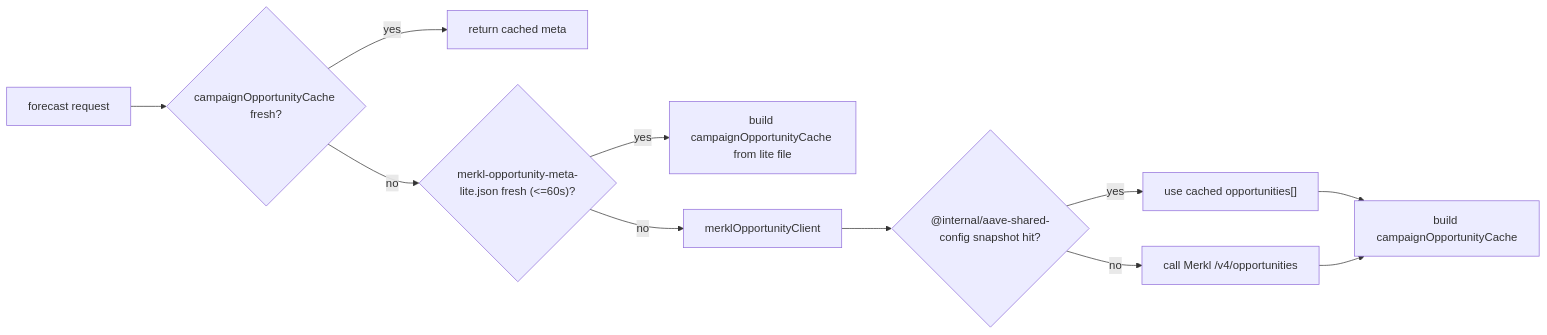
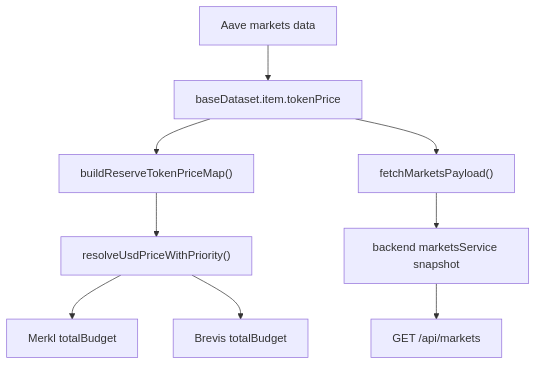
The fifth of 5 diagrams in docs/merkl-merit-cache-architecture.md (0xPabloLI/aave-protocol-analysis), drawn with Mermaid before and after one commit. The commit also changed other lines of this file and 3 other files, not shown here.

Commit message:
docs: add token price lineage diagram

````diff
--- a/docs/merkl-merit-cache-architecture.md
+++ b/docs/merkl-merit-cache-architecture.md
@@ -387,13 +166,11 @@
 ```mermaid
-flowchart LR
-  A["forecast request"] --> B{"campaignOpportunityCache fresh?"}
-  B -- yes --> Z["return cached meta"]
-  B -- no --> C{"merkl-opportunity-meta-lite.json fresh (<=60s)?"}
-  C -- yes --> D["build campaignOpportunityCache from lite file"]
-  C -- no --> E["merklOpportunityClient"]
-  E --> F{"@internal/aave-shared-config snapshot hit?"}
-  F -- yes --> G["use cached opportunities[]"]
-  F -- no --> H["call Merkl /v4/opportunities"]
-  G --> I["build campaignOpportunityCache"]
-  H --> I
+flowchart TD
+  A["Aave markets data"] --> B["baseDataset.item.tokenPrice"]
+  B --> C["buildReserveTokenPriceMap()"]
+  C --> D["resolveUsdPriceWithPriority()"]
+  D --> E["Merkl totalBudget"]
+  D --> F["Brevis totalBudget"]
+  B --> G["fetchMarketsPayload()"]
+  G --> H["backend marketsService snapshot"]
+  H --> I["GET /api/markets"]
 ```
````
